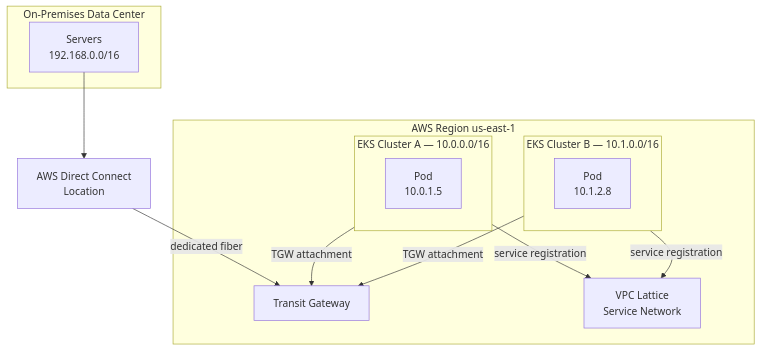
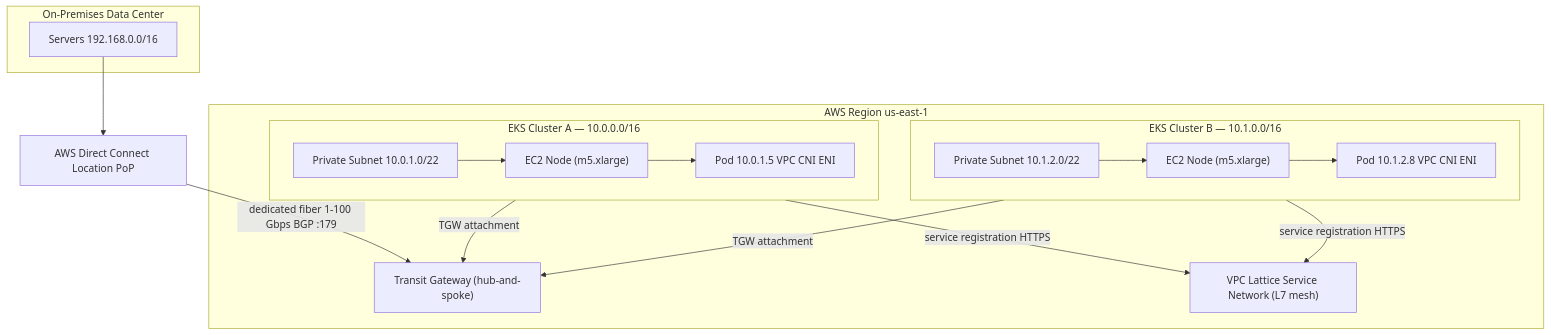
One commit to MykolaLebid/Kubernetes_networking_engineering changed the second of 4 diagrams in lessons/32-aws-hybrid-multicluster.md. Above: the diagram before and after it, drawn with Mermaid. The commit also changed other lines of this file and 35 other files, not shown here.

First line of the commit message:
Restructure all 34 lessons: Theory/Practice split, richer diagrams, industry examples, navigation

````diff
--- a/lessons/32-aws-hybrid-multicluster.md
+++ b/lessons/32-aws-hybrid-multicluster.md
@@ -117,22 +107,28 @@
 ```mermaid
 flowchart TD
     subgraph Region["AWS Region us-east-1"]
         subgraph ClusterA["EKS Cluster A — 10.0.0.0/16"]
-            PodA[Pod\n10.0.1.5]
+            SubA["Private Subnet 10.0.1.0/22"]
+            NodeA["EC2 Node (m5.xlarge)"]
+            PodA["Pod 10.0.1.5 VPC CNI ENI"]
+            SubA --> NodeA --> PodA
         end
         subgraph ClusterB["EKS Cluster B — 10.1.0.0/16"]
-            PodB[Pod\n10.1.2.8]
+            SubB["Private Subnet 10.1.2.0/22"]
+            NodeB["EC2 Node (m5.xlarge)"]
+            PodB["Pod 10.1.2.8 VPC CNI ENI"]
+            SubB --> NodeB --> PodB
         end
-        TGW[Transit Gateway]
-        Lattice[VPC Lattice\nService Network]
-        ClusterA -->|TGW attachment| TGW
-        ClusterB -->|TGW attachment| TGW
-        ClusterA -->|service registration| Lattice
-        ClusterB -->|service registration| Lattice
+        TGW["Transit Gateway (hub-and-spoke)"]
+        Lattice["VPC Lattice Service Network (L7 mesh)"]
+        ClusterA --"TGW attachment"--> TGW
+        ClusterB --"TGW attachment"--> TGW
+        ClusterA --"service registration HTTPS"--> Lattice
+        ClusterB --"service registration HTTPS"--> Lattice
     end
     subgraph OnPrem["On-Premises Data Center"]
-        DC[Servers\n192.168.0.0/16]
+        DC["Servers 192.168.0.0/16"]
     end
-    DX[AWS Direct Connect\nLocation] -->|dedicated fiber| TGW
+    DX["AWS Direct Connect Location PoP"] --"dedicated fiber 1-100 Gbps BGP :179"--> TGW
     DC --> DX
 ```
````
